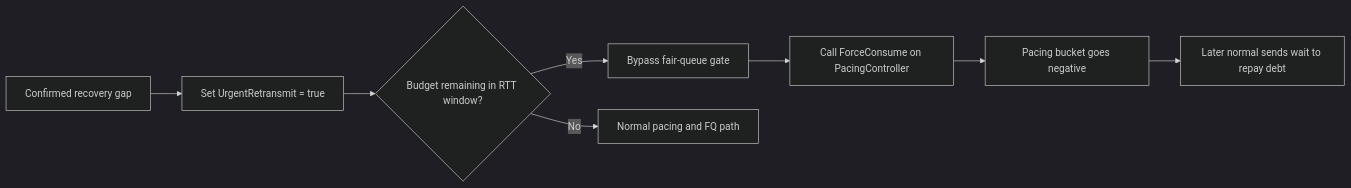
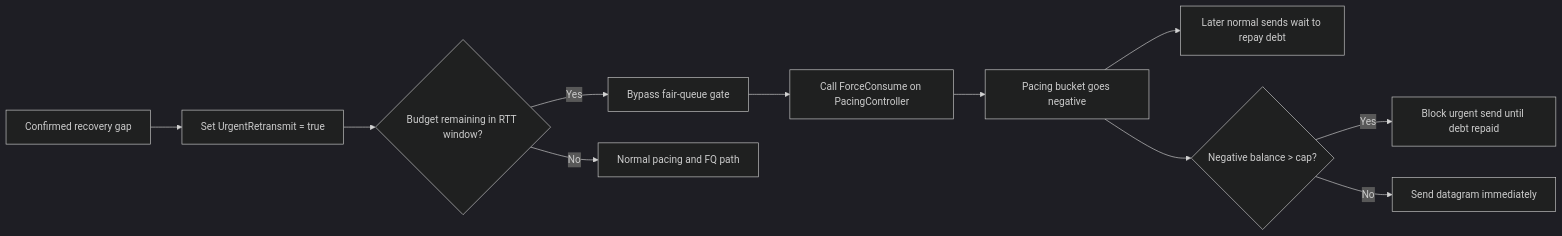
Before and after one commit to liulilittle/ucp: the eighth of 9 diagrams in docs/protocol.md, drawn with Mermaid (dark theme). The commit also changed other lines of this file and 17 other files, not shown here.

````diff
--- a/docs/protocol.md
+++ b/docs/protocol.md
@@ -221,10 +375,14 @@
 ```mermaid
 flowchart LR
     Gap[Confirmed recovery gap] --> Mark[Set UrgentRetransmit = true]
     Mark --> Budget{Budget remaining in RTT window?}
     Budget -->|Yes| Bypass[Bypass fair-queue gate]
     Bypass --> Force[Call ForceConsume on PacingController]
     Force --> Debt[Pacing bucket goes negative]
     Debt --> Repay[Later normal sends wait to repay debt]
     Budget -->|No| Normal[Normal pacing and FQ path]
+
+    Debt --> Cap{Negative balance > cap?}
+    Cap -->|Yes| Block[Block urgent send until debt repaid]
+    Cap -->|No| Send[Send datagram immediately]
 ```
````
